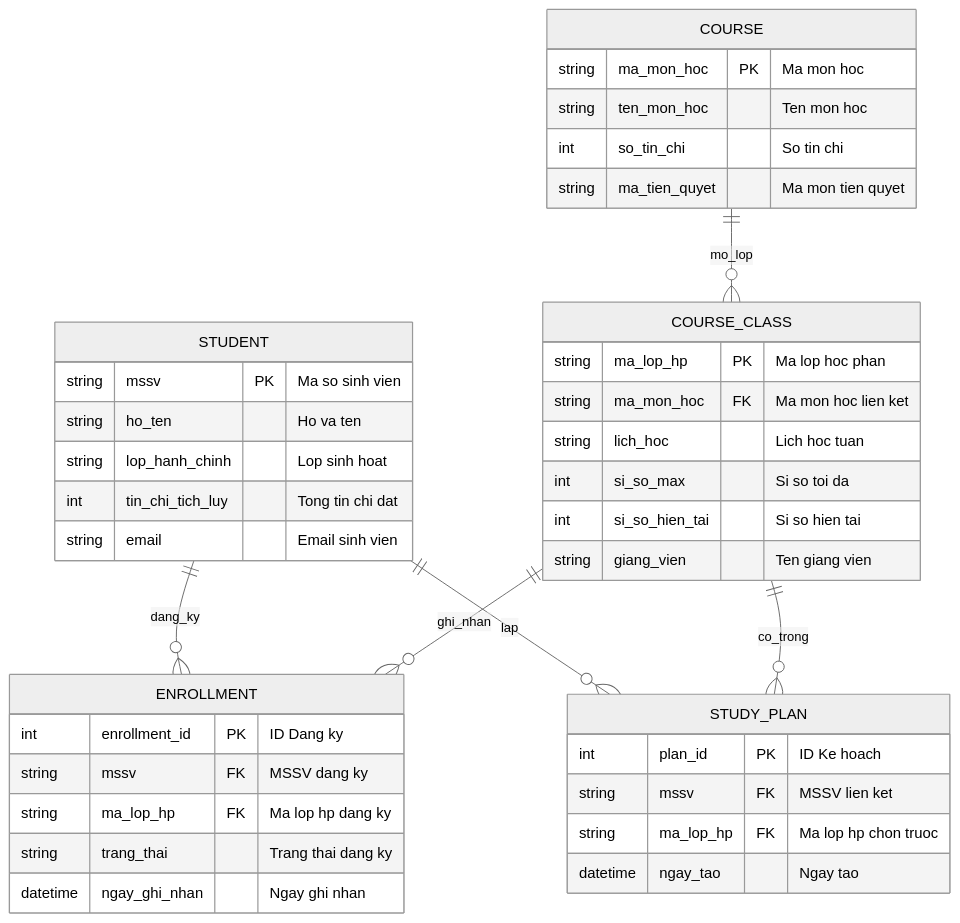
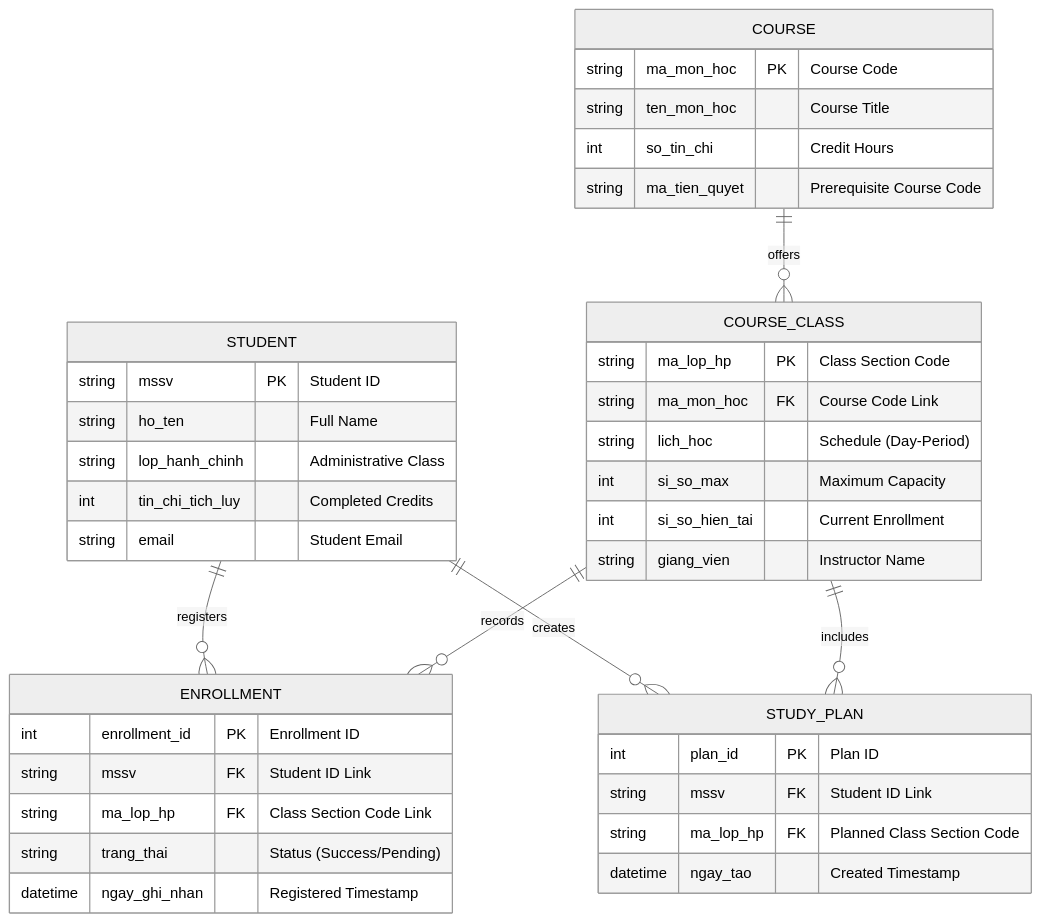
The second of 2 diagrams in Project/project_plan.md (DYBInh2k5/Seminar_And_Project_QTDAPM), drawn with Mermaid (neutral theme) before and after one commit. The commit also changed other lines of this file, not shown here.

Commit message:
Translate entire project_plan.md to English and perform final validation

````diff
--- a/Project/project_plan.md
+++ b/Project/project_plan.md
@@ -439,47 +496,47 @@
 ```mermaid
 erDiagram
-    STUDENT ||--o{ STUDY_PLAN : "lap"
-    STUDENT ||--o{ ENROLLMENT : "dang_ky"
-    COURSE ||--o{ COURSE_CLASS : "mo_lop"
-    COURSE_CLASS ||--o{ ENROLLMENT : "ghi_nhan"
-    COURSE_CLASS ||--o{ STUDY_PLAN : "co_trong"
+    STUDENT ||--o{ STUDY_PLAN : "creates"
+    STUDENT ||--o{ ENROLLMENT : "registers"
+    COURSE ||--o{ COURSE_CLASS : "offers"
+    COURSE_CLASS ||--o{ ENROLLMENT : "records"
+    COURSE_CLASS ||--o{ STUDY_PLAN : "includes"
     
     STUDENT {
-        string mssv PK "Ma so sinh vien"
-        string ho_ten "Ho va ten"
-        string lop_hanh_chinh "Lop sinh hoat"
-        int tin_chi_tich_luy "Tong tin chi dat"
-        string email "Email sinh vien"
+        string mssv PK "Student ID"
+        string ho_ten "Full Name"
+        string lop_hanh_chinh "Administrative Class"
+        int tin_chi_tich_luy "Completed Credits"
+        string email "Student Email"
     }
     
     COURSE {
-        string ma_mon_hoc PK "Ma mon hoc"
-        string ten_mon_hoc "Ten mon hoc"
-        int so_tin_chi "So tin chi"
-        string ma_tien_quyet "Ma mon tien quyet"
+        string ma_mon_hoc PK "Course Code"
+        string ten_mon_hoc "Course Title"
+        int so_tin_chi "Credit Hours"
+        string ma_tien_quyet "Prerequisite Course Code"
     }
     
     COURSE_CLASS {
-        string ma_lop_hp PK "Ma lop hoc phan"
-        string ma_mon_hoc FK "Ma mon hoc lien ket"
-        string lich_hoc "Lich hoc tuan"
-        int si_so_max "Si so toi da"
-        int si_so_hien_tai "Si so hien tai"
-        string giang_vien "Ten giang vien"
+        string ma_lop_hp PK "Class Section Code"
+        string ma_mon_hoc FK "Course Code Link"
+        string lich_hoc "Schedule (Day-Period)"
+        int si_so_max "Maximum Capacity"
+        int si_so_hien_tai "Current Enrollment"
+        string giang_vien "Instructor Name"
     }
     
     STUDY_PLAN {
-        int plan_id PK "ID Ke hoach"
-        string mssv FK "MSSV lien ket"
-        string ma_lop_hp FK "Ma lop hp chon truoc"
-        datetime ngay_tao "Ngay tao"
+        int plan_id PK "Plan ID"
+        string mssv FK "Student ID Link"
+        string ma_lop_hp FK "Planned Class Section Code"
+        datetime ngay_tao "Created Timestamp"
     }
     
     ENROLLMENT {
-        int enrollment_id PK "ID Dang ky"
-        string mssv FK "MSSV dang ky"
-        string ma_lop_hp FK "Ma lop hp dang ky"
-        string trang_thai "Trang thai dang ky"
-        datetime ngay_ghi_nhan "Ngay ghi nhan"
+        int enrollment_id PK "Enrollment ID"
+        string mssv FK "Student ID Link"
+        string ma_lop_hp FK "Class Section Code Link"
+        string trang_thai "Status (Success/Pending)"
+        datetime ngay_ghi_nhan "Registered Timestamp"
     }
 ```
````
